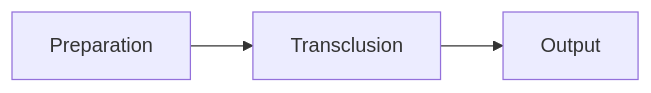
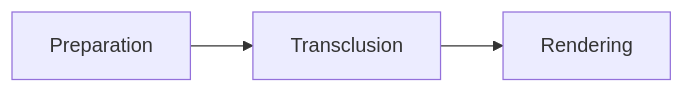
Before and after one commit to yankeeinlondon/rusty-biscuit: the diagram in darkmatter/docs/darkmatter-pipeline.md, drawn with Mermaid. The commit also changed other lines of this file and 9 other files, not shown here.

````diff
--- a/darkmatter/docs/darkmatter-pipeline.md
+++ b/darkmatter/docs/darkmatter-pipeline.md
@@ -5,9 +5,9 @@
 ```mermaid title="Pipeline Flow"
 flowchart LR
 
   S1[Preparation]
   S2[Transclusion]
-  S3[Output]
+  S3[Rendering]
 
   S1 --> S2 --> S3
 ```
````
